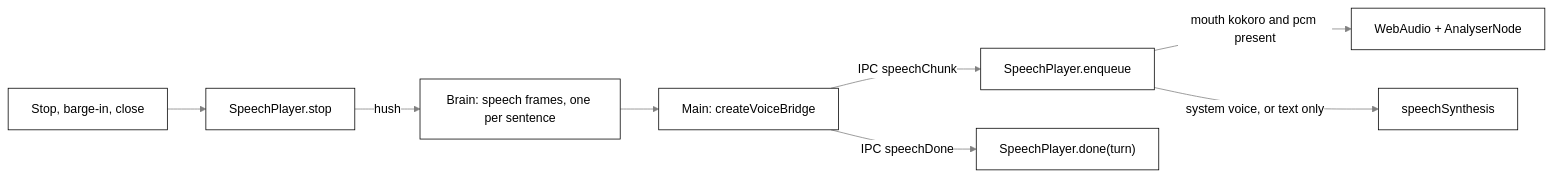
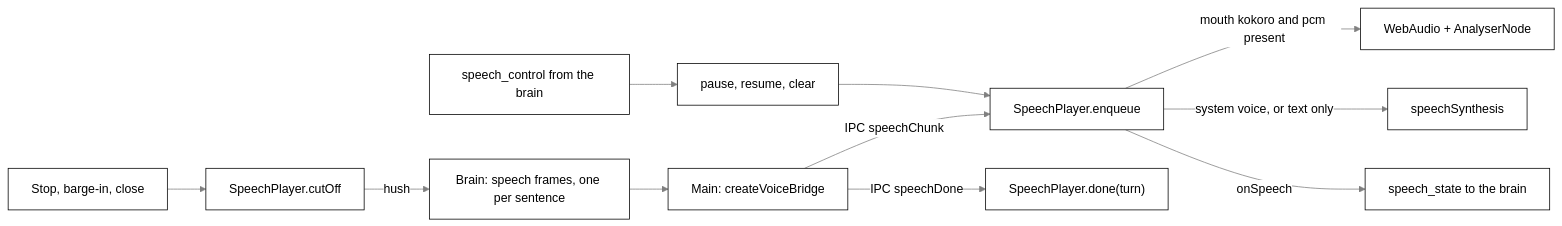
Before and after one commit to nadeem4/tagalong: the fifth of 5 diagrams in docs/voice.md, drawn with Mermaid. The commit also changed other lines of this file and 29 other files, not shown here.

First line of the commit message:
feat(contract): speech_state and speech_control frames for pause and resume (F15) (#367)

````diff
--- a/docs/voice.md
+++ b/docs/voice.md
@@ -484,10 +490,12 @@
 ```mermaid
 %%{init: {"theme": "base", "themeVariables": {"primaryColor": "#ffffff", "primaryTextColor": "#000000", "primaryBorderColor": "#000000", "lineColor": "#808080", "arrowheadColor": "#808080", "secondaryColor": "#f2f2f2", "tertiaryColor": "#ffffff", "clusterBkg": "#f7f7f7", "clusterBorder": "#808080", "edgeLabelBackground": "#ffffff", "titleColor": "#808080", "actorBkg": "#ffffff", "actorBorder": "#000000", "actorTextColor": "#000000", "actorLineColor": "#808080", "signalColor": "#808080", "signalTextColor": "#808080", "sequenceNumberColor": "#ffffff", "labelBoxBkgColor": "#ffffff", "labelBoxBorderColor": "#808080", "labelTextColor": "#000000", "loopTextColor": "#808080", "noteBkgColor": "#f7f7f7", "noteBorderColor": "#808080", "noteTextColor": "#000000", "activationBkgColor": "#f7f7f7", "activationBorderColor": "#808080", "fontFamily": "Segoe UI, Helvetica, Arial, sans-serif"}}}%%
 flowchart LR
   B["Brain: speech frames, one per sentence"] --> VB["Main: createVoiceBridge"]
   VB -->|"IPC speechChunk"| SP["SpeechPlayer.enqueue"]
   VB -->|"IPC speechDone"| SD["SpeechPlayer.done(turn)"]
   SP -->|"mouth kokoro and pcm present"| WA["WebAudio + AnalyserNode"]
   SP -->|"system voice, or text only"| SY["speechSynthesis"]
-  ST["Stop, barge-in, close"] --> PS["SpeechPlayer.stop"] -->|"hush"| B
+  ST["Stop, barge-in, close"] --> PS["SpeechPlayer.cutOff"] -->|"hush"| B
+  CT["speech_control from the brain"] --> AC["pause, resume, clear"] --> SP
+  SP -->|"onSpeech"| SS["speech_state to the brain"]
 ```
````
